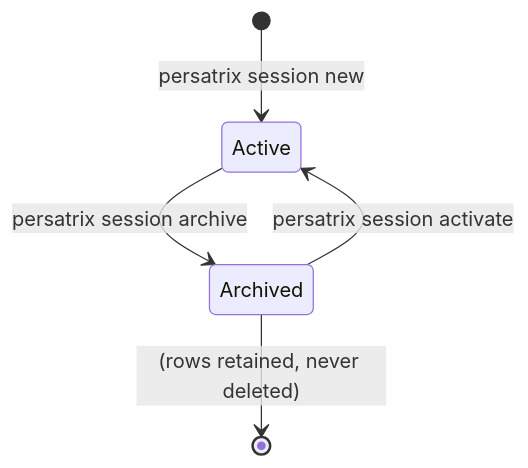
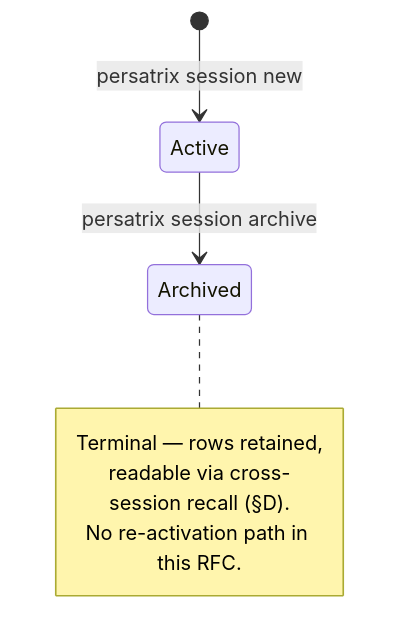
Before and after one commit to mkhomutov/Persatrix: the diagram in docs/rfcs/0031-per-session-namespacing-channels.md, drawn with Mermaid. The commit also changed other lines of this file, not shown here.

````diff
--- a/docs/rfcs/0031-per-session-namespacing-channels.md
+++ b/docs/rfcs/0031-per-session-namespacing-channels.md
@@ -91,7 +103,10 @@
 ```mermaid
 stateDiagram-v2
     [*] --> Active: persatrix session new
     Active --> Archived: persatrix session archive
-    Archived --> Active: persatrix session activate
-    Archived --> [*]: (rows retained, never deleted)
+    note right of Archived
+        Terminal — rows retained,
+        readable via cross-session recall (§D).
+        No re-activation path in this RFC.
+    end note
 ```
````
